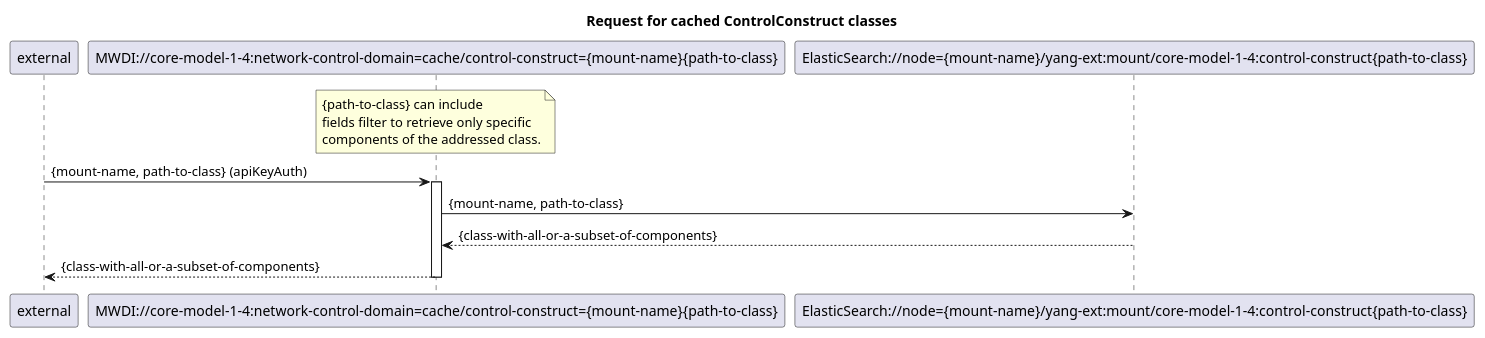
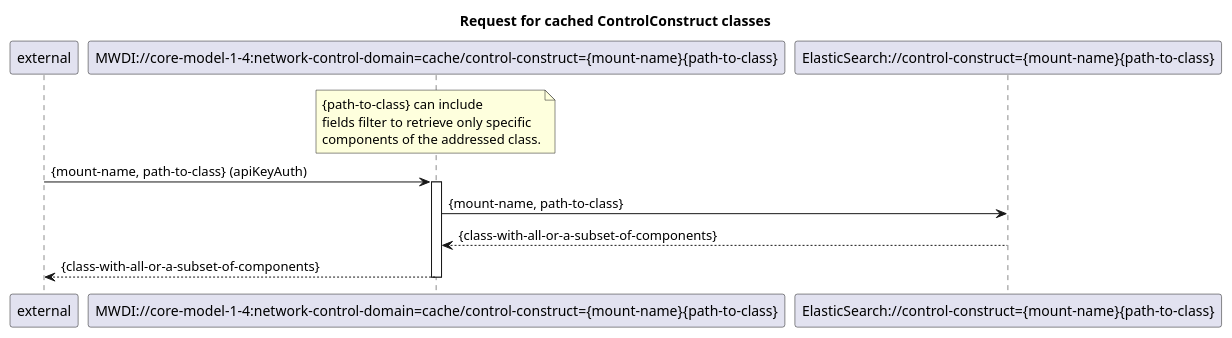
The diagram in spec/diagrams/200_CacheRessourcePath.plantuml (openBackhaul/MicroWaveDeviceInventory), drawn with PlantUML before and after one commit. The commit also changed 2 other files, not shown here.

Commit message:
updated all diagrams

```diff
--- a/spec/diagrams/200_CacheRessourcePath.plantuml
+++ b/spec/diagrams/200_CacheRessourcePath.plantuml
@@ -1,20 +1,20 @@
 @startuml 200_CacheRessourcePath
 skinparam responseMessageBelowArrow true
 
 title Request for cached ControlConstruct classes
 
 participant "external" as requestor
 participant "MWDI://core-model-1-4:network-control-domain=cache/control-construct={mount-name}{path-to-class}" as CacheControlConstructClass
-participant "ElasticSearch://node={mount-name}/yang-ext:mount/core-model-1-4:control-construct{path-to-class}" as EsControlConstructClass
+participant "ElasticSearch://control-construct={mount-name}{path-to-class}" as EsControlConstructClass
 
 note over CacheControlConstructClass: {path-to-class} can include \nfields filter to retrieve only specific \ncomponents of the addressed class.
 requestor -> CacheControlConstructClass: {mount-name, path-to-class} (apiKeyAuth)
 activate CacheControlConstructClass
 
 CacheControlConstructClass -> EsControlConstructClass: {mount-name, path-to-class}
 EsControlConstructClass --> CacheControlConstructClass: {class-with-all-or-a-subset-of-components}
 
 CacheControlConstructClass --> requestor: {class-with-all-or-a-subset-of-components}
 deactivate CacheControlConstructClass
 
 @enduml
```
